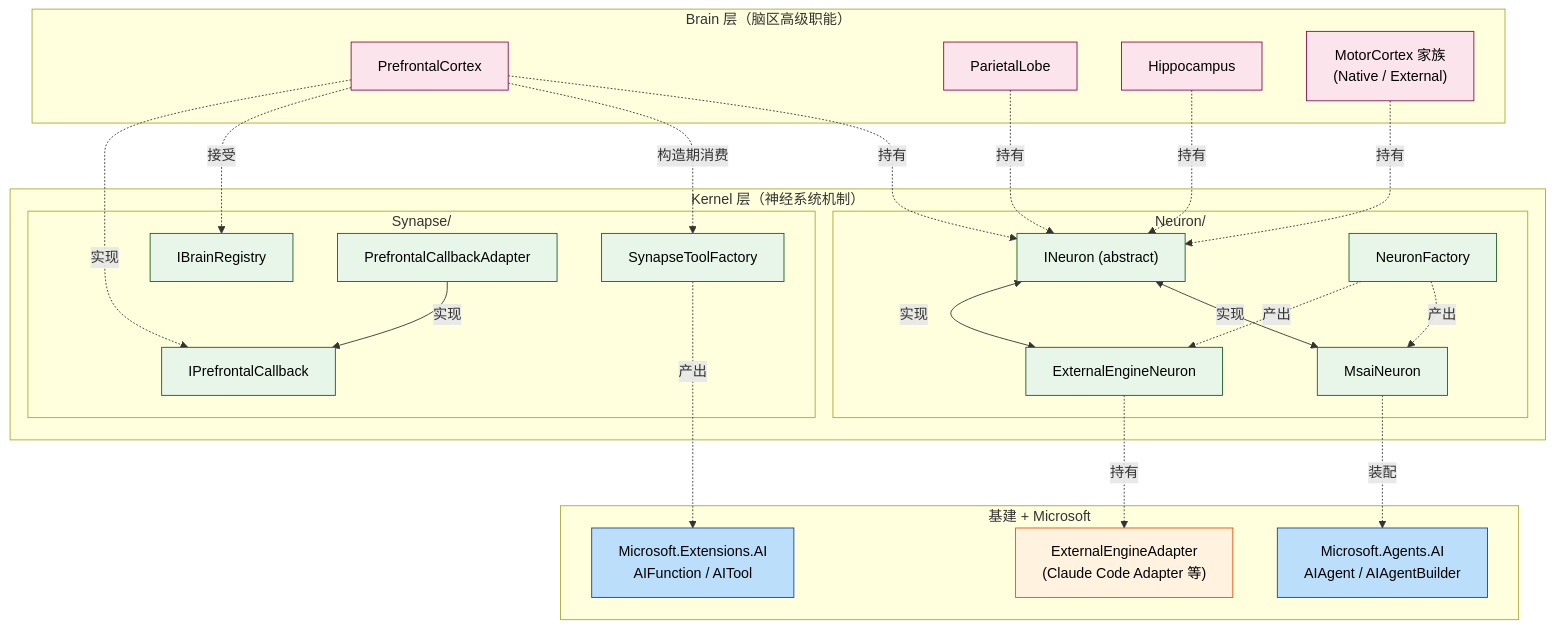
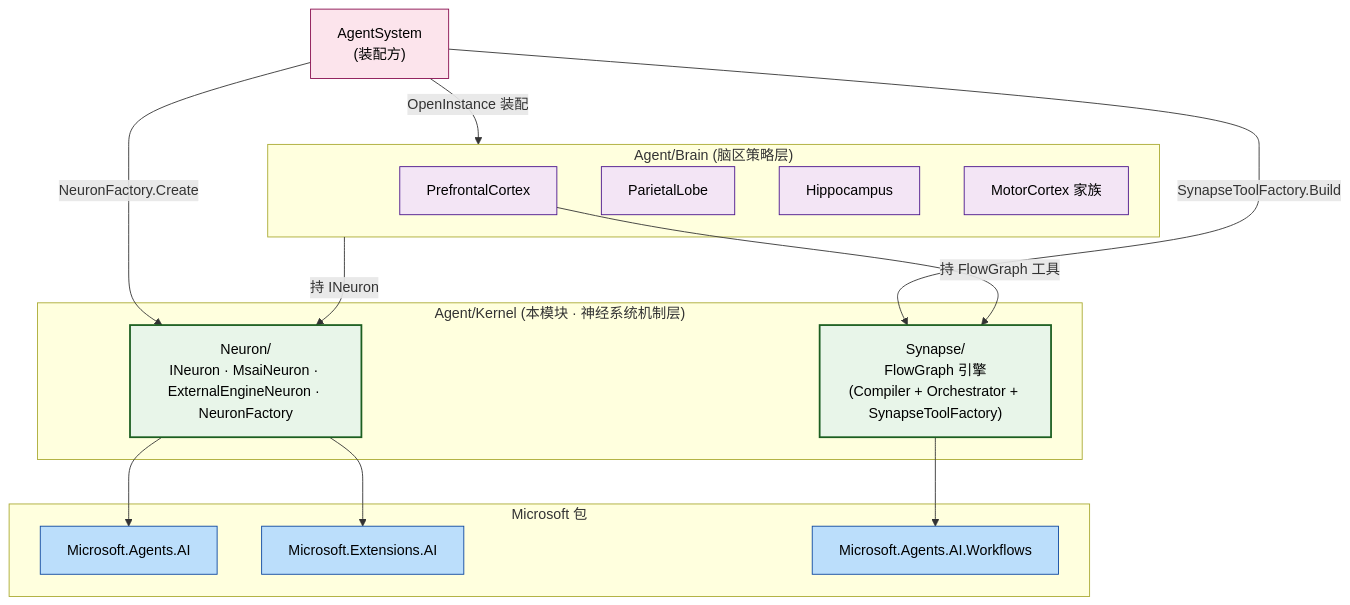
One commit to nan023062/agent-team-cc changed the first of 2 diagrams in v2/cbim/Assets/CBIM/Agent/Kernel/.dna/module.md. Above: the diagram before and after it, drawn with Mermaid. The commit also changed other lines of this file and 14 other files, not shown here.

First line of the commit message:
docs(v2): diagrams-first rewrite for all 15 module .dna files

````diff
--- a/v2/cbim/Assets/CBIM/Agent/Kernel/.dna/module.md
+++ b/v2/cbim/Assets/CBIM/Agent/Kernel/.dna/module.md
@@ -50,59 +19,41 @@
 ```mermaid
 flowchart TD
-    classDef brain  fill:#fce4ec,stroke:#880e4f,color:#000;
-    classDef kernel fill:#e8f5e9,stroke:#1b5e20,color:#000;
+    classDef facade fill:#fce4ec,stroke:#880e4f,color:#000;
+    classDef brain  fill:#f3e5f5,stroke:#4a148c,color:#000;
+    classDef kernel fill:#e8f5e9,stroke:#1b5e20,stroke-width:2px,color:#000;
     classDef msai   fill:#bbdefb,stroke:#0d47a1,color:#000;
-    classDef adapter fill:#fff3e0,stroke:#e65100,color:#000;
 
-    subgraph BRAIN["Brain 层（脑区高级职能）"]
+    AS["AgentSystem\n(装配方)"]
+
+    subgraph BRAIN["Agent/Brain (脑区策略层)"]
         PFC["PrefrontalCortex"]
         PL["ParietalLobe"]
         HC["Hippocampus"]
-        MC["MotorCortex 家族\n(Native / External)"]
+        MC["MotorCortex 家族"]
     end
 
-    subgraph KERNEL["Kernel 层（神经系统机制）"]
-        subgraph NEU["Neuron/"]
-            IN["INeuron (abstract)"]
-            MN["MsaiNeuron"]
-            EEN["ExternalEngineNeuron"]
-            NF["NeuronFactory"]
-        end
-        subgraph SYN["Synapse/"]
-            STF["SynapseToolFactory"]
-            IPC["IPrefrontalCallback"]
-            IBR["IBrainRegistry"]
-            PCA["PrefrontalCallbackAdapter"]
-        end
+    subgraph KERNEL["Agent/Kernel (本模块 · 神经系统机制层)"]
+        NEU["Neuron/\nINeuron · MsaiNeuron · ExternalEngineNeuron · NeuronFactory"]
+        SYN["Synapse/\nFlowGraph 引擎\n(Compiler + Orchestrator + SynapseToolFactory)"]
     end
 
-    subgraph EXT["基建 + Microsoft"]
-        MSAI["Microsoft.Agents.AI\nAIAgent / AIAgentBuilder"]
-        MSEXT["Microsoft.Extensions.AI\nAIFunction / AITool"]
-        ADP["ExternalEngineAdapter\n(Claude Code Adapter 等)"]
+    subgraph MS["Microsoft 包"]
+        MSAI["Microsoft.Agents.AI"]
+        MSEXT["Microsoft.Extensions.AI"]
+        MSWF["Microsoft.Agents.AI.Workflows"]
     end
 
-    PFC -.持有.-> IN
-    PL  -.持有.-> IN
-    HC  -.持有.-> IN
-    MC  -.持有.-> IN
+    AS -- OpenInstance 装配 --> BRAIN
+    AS -- NeuronFactory.Create --> NEU
+    AS -- SynapseToolFactory.Build --> SYN
+    BRAIN -- 持 INeuron --> NEU
+    PFC -- 持 FlowGraph 工具 --> SYN
+    NEU --> MSAI
+    NEU --> MSEXT
+    SYN --> MSWF
 
-    IN <-- 实现 --> MN
-    IN <-- 实现 --> EEN
-    NF -. 产出 .-> MN
-    NF -. 产出 .-> EEN
-
-    PFC -. 构造期消费 .-> STF
-    PFC -. 接受 .-> IBR
-    PFC -. 实现 .-> IPC
-    PCA -- 实现 --> IPC
-
-    MN -. 装配 .-> MSAI
-    STF -. 产出 .-> MSEXT
-    EEN -. 持有 .-> ADP
-
+    class AS facade;
     class PFC,PL,HC,MC brain;
-    class IN,MN,EEN,NF,STF,IPC,IBR,PCA kernel;
-    class MSAI,MSEXT msai;
-    class ADP adapter;
+    class NEU,SYN kernel;
+    class MSAI,MSEXT,MSWF msai;
 ```
````
